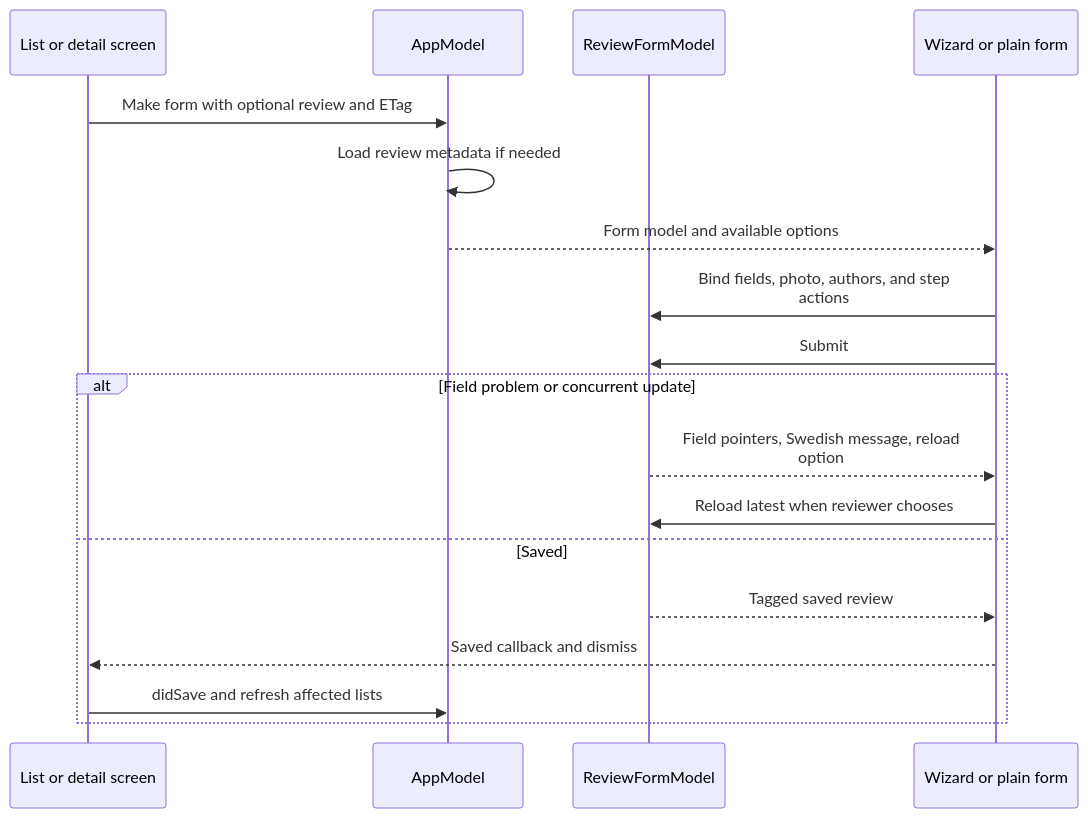
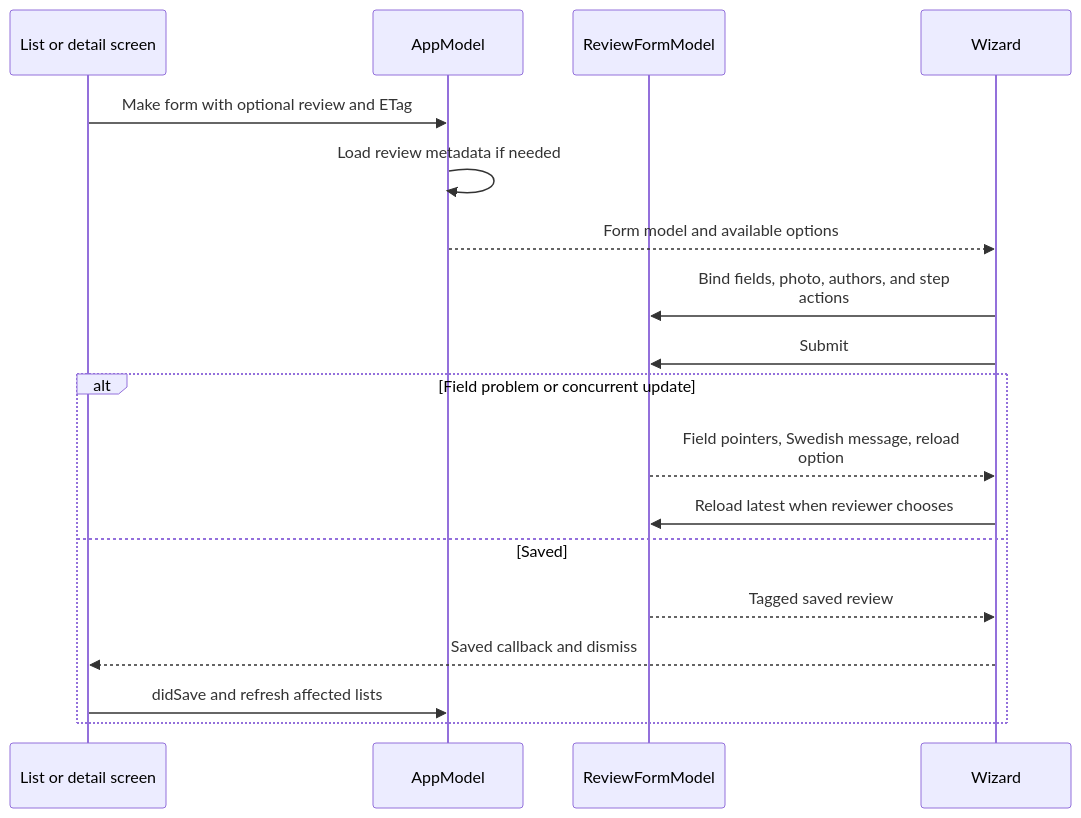
Before and after one commit to jonathan-lindqvist/enstorstarkreview: the second of 2 diagrams in mobile/Sources/EnStorStark/README.md, drawn with Mermaid. The commit also changed other lines of this file and 95 other files, not shown here.

````diff
--- a/mobile/Sources/EnStorStark/README.md
+++ b/mobile/Sources/EnStorStark/README.md
@@ -39,20 +37,20 @@
 ```mermaid
 sequenceDiagram
     participant Screen as List or detail screen
     participant App as AppModel
     participant Form as ReviewFormModel
-    participant UI as Wizard or plain form
+    participant UI as Wizard
     Screen->>App: Make form with optional review and ETag
     App->>App: Load review metadata if needed
     App-->>UI: Form model and available options
     UI->>Form: Bind fields, photo, authors, and step<br/>actions
     UI->>Form: Submit
     alt Field problem or concurrent update
         Form-->>UI: Field pointers, Swedish message, reload<br/>option
         UI->>Form: Reload latest when reviewer chooses
     else Saved
         Form-->>UI: Tagged saved review
         UI-->>Screen: Saved callback and dismiss
         Screen->>App: didSave and refresh affected lists
     end
 ```
````
